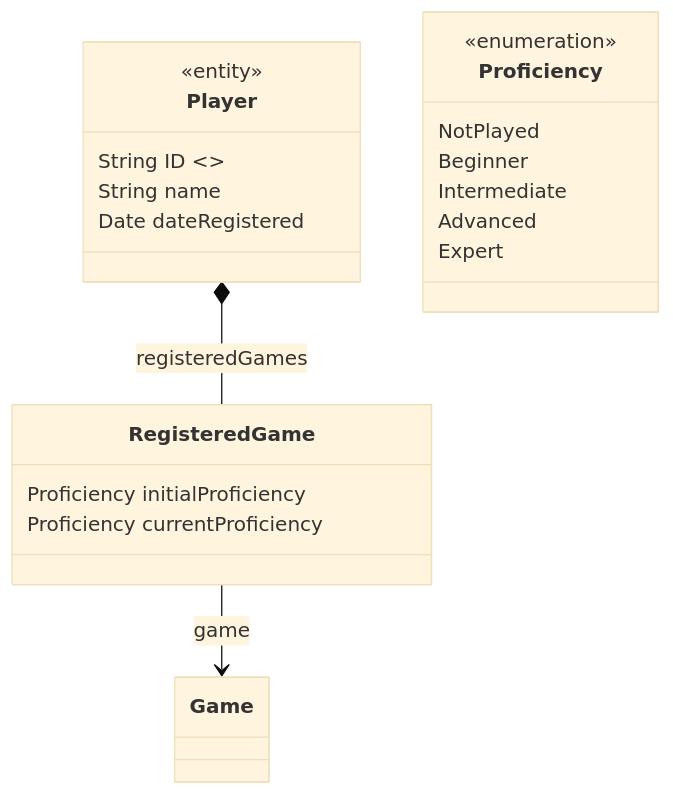
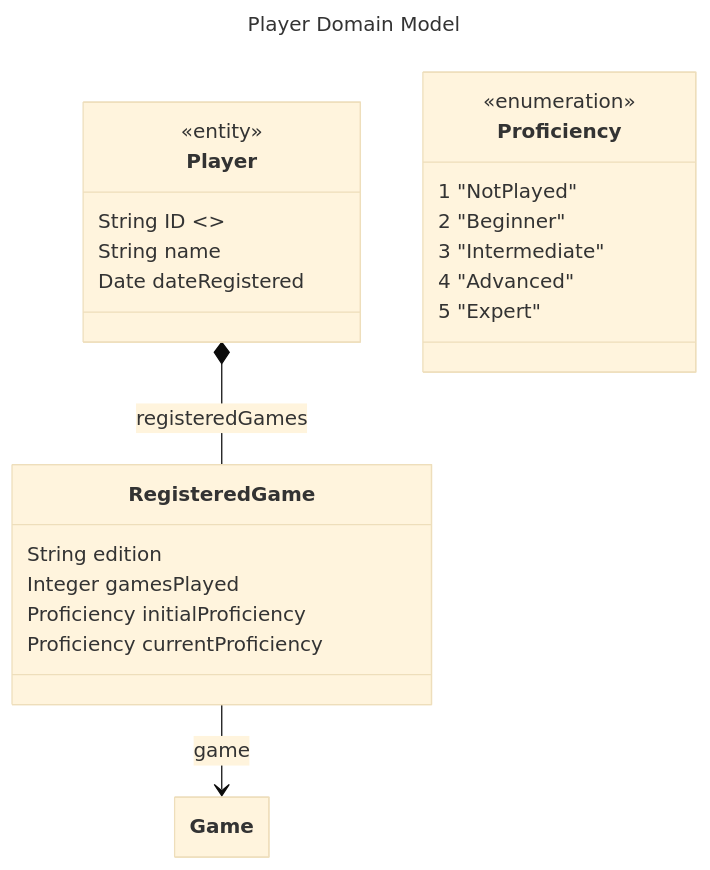
One commit to AdrianMiley/War-Games-League changed the diagram in design/data/player.md. Above: the diagram before and after it, drawn with Mermaid (base theme). The commit also changed 4 other files, not shown here.

Commit message:
Adding initial class and namespace details to Domain Model

````diff
--- a/design/data/player.md
+++ b/design/data/player.md
@@ -1,26 +1,36 @@
 ```mermaid
+---
+  title: Player Domain Model
+  config:
+    class:
+      hideEmptyMembersBox: true
+---
 classDiagram
+%%    namespace "player"
+%%    import "design/data/game/Game" as Game
     class Player {
         <<entity>>
         String ID <<key>>
         String name
         Date dateRegistered
     }
 
     class RegisteredGame {
+        String edition
+        Integer gamesPlayed
         Proficiency initialProficiency
         Proficiency currentProficiency
     }
 
     Player *-- RegisteredGame : registeredGames
     RegisteredGame --> Game : game
 
     class Proficiency {
         <<enumeration>>
-        NotPlayed
-        Beginner
-        Intermediate
-        Advanced
-        Expert
+        1 "NotPlayed"
+        2 "Beginner"
+        3 "Intermediate"
+        4 "Advanced"
+        5 "Expert"
     }
 ```
````
